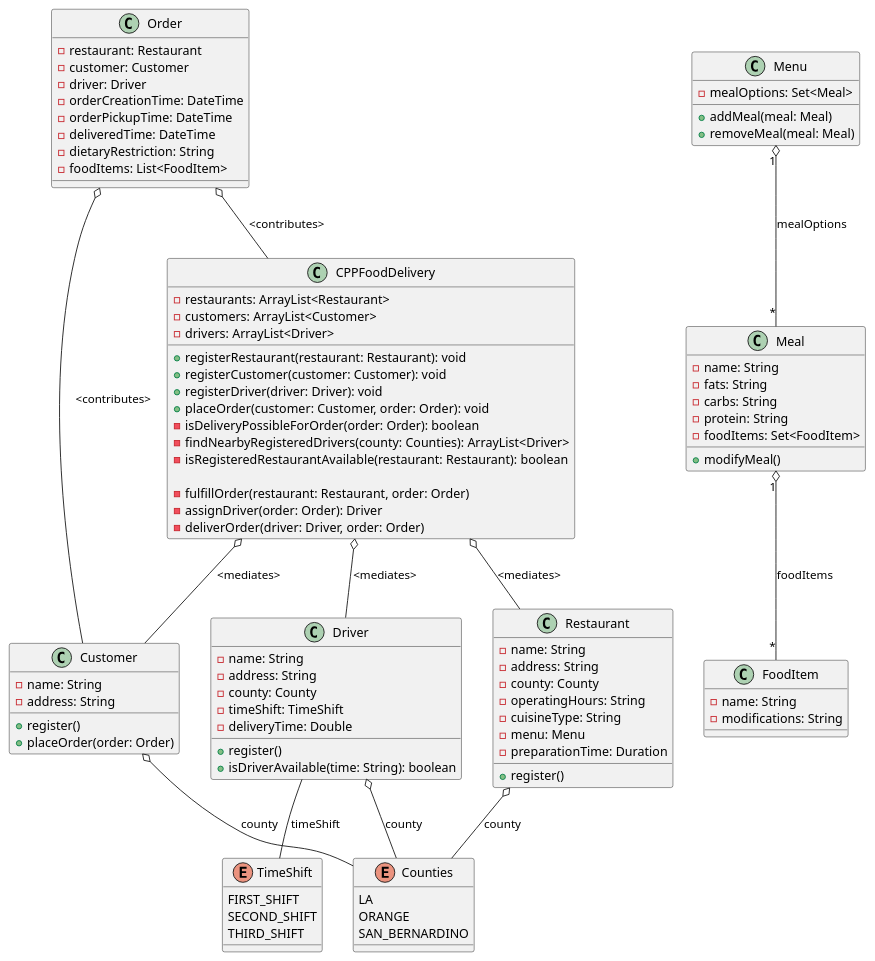
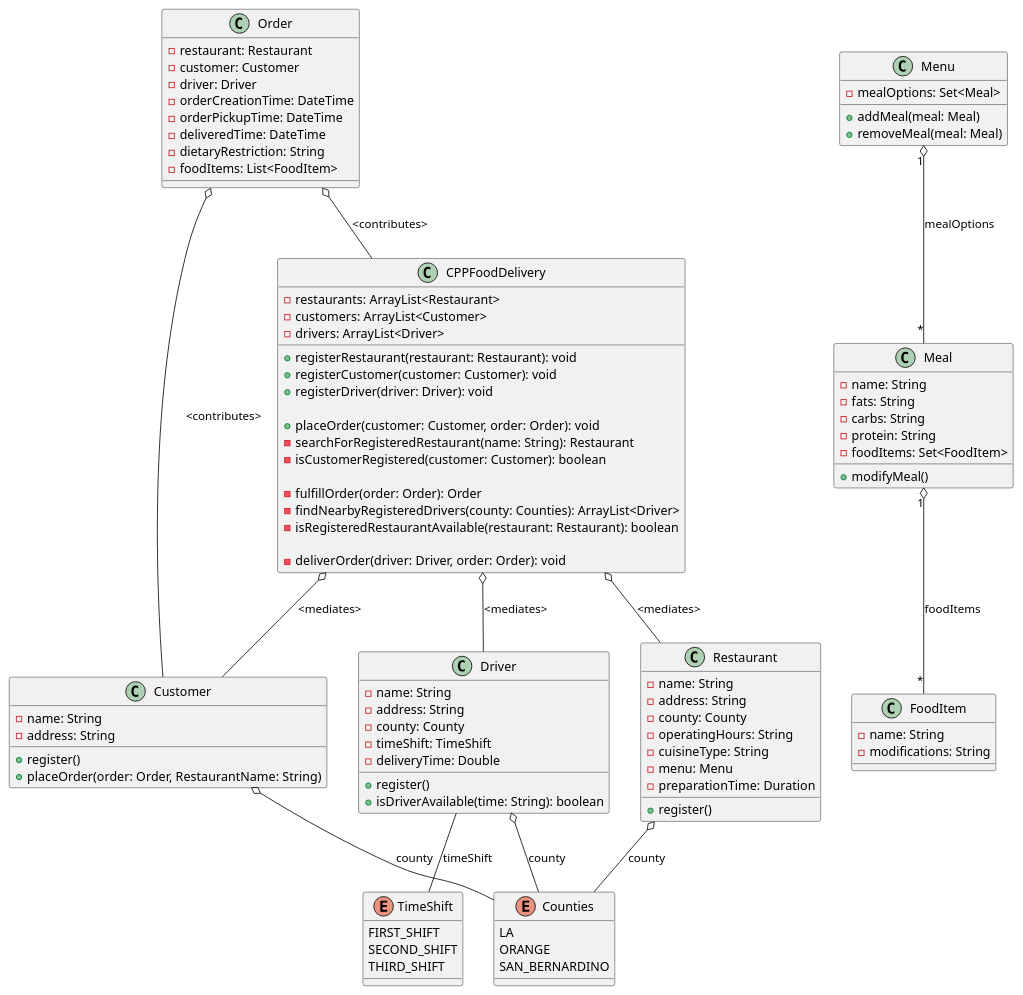
The diagram in ClassDiagram.puml (MarcCruzs/CS4800_Final), drawn with PlantUML before and after one commit. The commit also changed 7 other files, not shown here.

```diff
--- a/ClassDiagram.puml
+++ b/ClassDiagram.puml
@@ -1,107 +1,109 @@
 @startuml
 
 enum Counties {
     LA
     ORANGE
     SAN_BERNARDINO
 }
 
 class CPPFoodDelivery {
     - restaurants: ArrayList<Restaurant>
     - customers: ArrayList<Customer>
     - drivers: ArrayList<Driver>
     + registerRestaurant(restaurant: Restaurant): void
     + registerCustomer(customer: Customer): void
     + registerDriver(driver: Driver): void
+
     + placeOrder(customer: Customer, order: Order): void
-    - isDeliveryPossibleForOrder(order: Order): boolean
+    - searchForRegisteredRestaurant(name: String): Restaurant
+    - isCustomerRegistered(customer: Customer): boolean
+
+    - fulfillOrder(order: Order): Order
     - findNearbyRegisteredDrivers(county: Counties): ArrayList<Driver>
     - isRegisteredRestaurantAvailable(restaurant: Restaurant): boolean
 
-    - fulfillOrder(restaurant: Restaurant, order: Order)
-    - assignDriver(order: Order): Driver
-    - deliverOrder(driver: Driver, order: Order)
+    - deliverOrder(driver: Driver, order: Order): void
 }
 
 class Restaurant {
     - name: String
     - address: String
     - county: County
     - operatingHours: String
     - cuisineType: String
     - menu: Menu
     - preparationTime: Duration
     + register()
 }
 
 class Customer {
     - name: String
     - address: String
     + register()
-    + placeOrder(order: Order)
+    + placeOrder(order: Order, RestaurantName: String)
 }
 
 class Driver {
     - name: String
     - address: String
     - county: County
     - timeShift: TimeShift
     - deliveryTime: Double
     + register()
     + isDriverAvailable(time: String): boolean
 }
 
 class Menu {
     - mealOptions: Set<Meal>
     + addMeal(meal: Meal)
     + removeMeal(meal: Meal)
 }
 
 class Meal {
     - name: String
     - fats: String
     - carbs: String
     - protein: String
     - foodItems: Set<FoodItem>
     + modifyMeal()
 }
 
 class FoodItem {
     - name: String
     - modifications: String
 }
 
 enum TimeShift {
     FIRST_SHIFT
     SECOND_SHIFT
     THIRD_SHIFT
 }
 
 class Order {
     - restaurant: Restaurant
     - customer: Customer
     - driver: Driver
     - orderCreationTime: DateTime
     - orderPickupTime: DateTime
     - deliveredTime: DateTime
     - dietaryRestriction: String
     - foodItems: List<FoodItem>
 }
 
 Order o-- CPPFoodDelivery: <contributes>
 Order o-- Customer: <contributes>
 
 CPPFoodDelivery o-- Restaurant: <mediates>
 CPPFoodDelivery o-- Customer: <mediates>
 CPPFoodDelivery o-- Driver: <mediates>
 
 Restaurant o-- Counties: county
 Driver o-- Counties: county
 Customer o-- Counties: county
 
 Menu "1" o-- "*" Meal: mealOptions
 Meal "1" o-- "*" FoodItem: foodItems
 
 Driver -- TimeShift : timeShift
 
 @enduml
```
